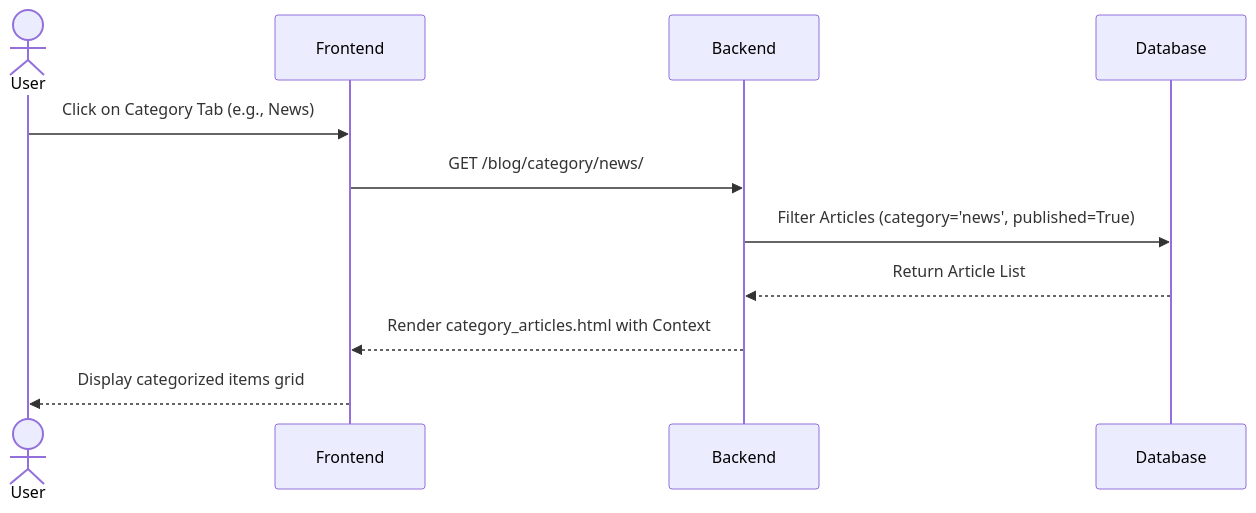
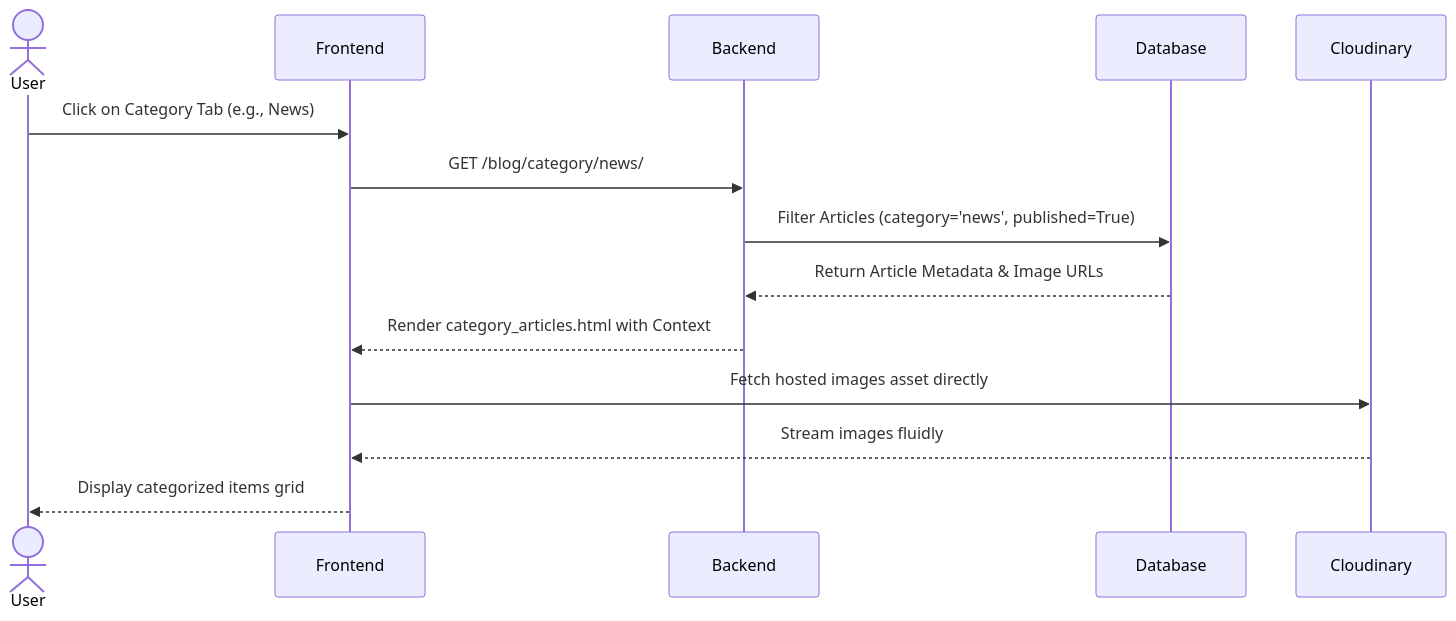
The fourth of 4 diagrams in README.md (Gigi-Corlay/portfolioLionessMagazine), drawn with Mermaid before and after one commit. The commit also changed other lines of this file, not shown here.

````diff
--- a/README.md
+++ b/README.md
@@ -163,14 +152,17 @@
 ```mermaid
     sequenceDiagram
     actor User
     participant Frontend
     participant Backend
     participant Database
+    participant Cloudinary
 
     User->>Frontend: Click on Category Tab (e.g., News)
     Frontend->>Backend: GET /blog/category/news/
     Backend->>Database: Filter Articles (category='news', published=True)
-    Database-->>Backend: Return Article List
+    Database-->>Backend: Return Article Metadata & Image URLs
     Backend-->>Frontend: Render category_articles.html with Context
+    Frontend->>Cloudinary: Fetch hosted images asset directly
+    Cloudinary-->>Frontend: Stream images fluidly
     Frontend-->>User: Display categorized items grid
 ```
````
